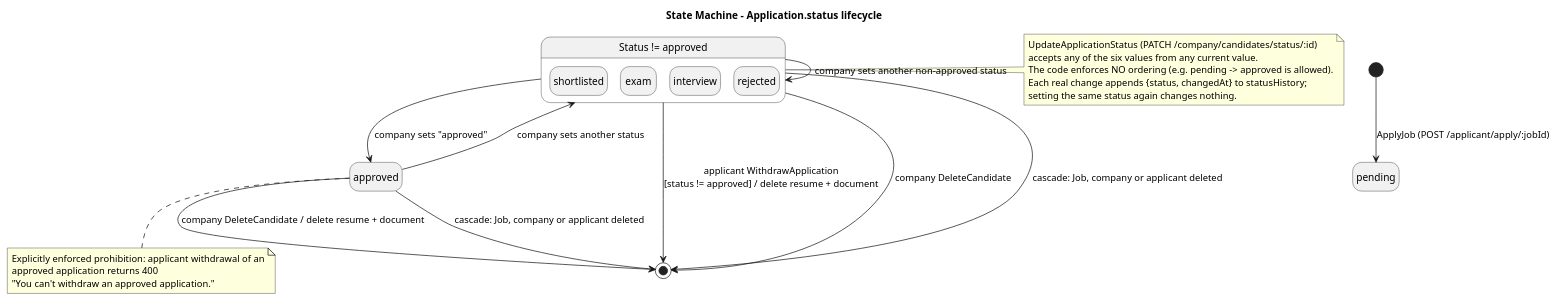
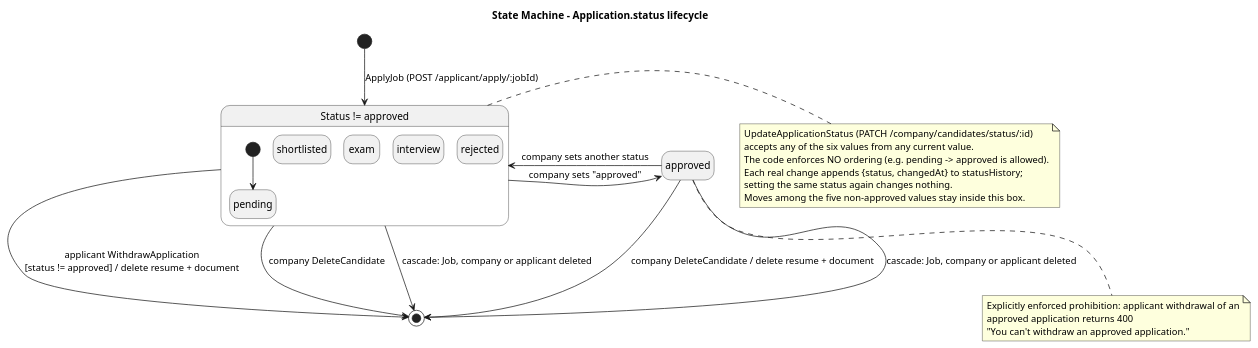
One commit to kaushikrajkamal-16/node-2601-exam changed the diagram in docs/diagrams/state-application-status.puml. Above: the diagram before and after it, drawn with PlantUML. The commit also changed 61 other files, not shown here.

First line of the commit message:
docs: validate, fix and render all diagrams

```diff
--- a/docs/diagrams/state-application-status.puml
+++ b/docs/diagrams/state-application-status.puml
@@ -1,40 +1,41 @@
 @startuml state-application-status
 title State Machine - Application.status lifecycle
 skinparam shadowing false
 hide empty description
 
-[*] --> pending : ApplyJob (POST /applicant/apply/:jobId)
-
 state "Status != approved" as NotApproved {
+  [*] --> pending
   state pending
   state shortlisted
   state exam
   state interview
   state rejected
 }
 state approved
 
+[*] --> NotApproved : ApplyJob (POST /applicant/apply/:jobId)
+
 note right of NotApproved
   UpdateApplicationStatus (PATCH /company/candidates/status/:id)
   accepts any of the six values from any current value.
   The code enforces NO ordering (e.g. pending -> approved is allowed).
   Each real change appends {status, changedAt} to statusHistory;
   setting the same status again changes nothing.
+  Moves among the five non-approved values stay inside this box.
 end note
 
-NotApproved --> approved : company sets "approved"
-approved --> NotApproved : company sets another status
-NotApproved --> NotApproved : company sets another non-approved status
+NotApproved -right-> approved : company sets "approved"
+approved -left-> NotApproved : company sets another status
 
-NotApproved --> [*] : applicant WithdrawApplication\n[status != approved] / delete resume + document
+NotApproved -down-> [*] : applicant WithdrawApplication\n[status != approved] / delete resume + document
 approved --> [*] : company DeleteCandidate / delete resume + document
-NotApproved --> [*] : company DeleteCandidate
-NotApproved --> [*] : cascade: Job, company or applicant deleted
-approved --> [*] : cascade: Job, company or applicant deleted
+NotApproved -down-> [*] : company DeleteCandidate
+NotApproved -down-> [*] : cascade: Job, company or applicant deleted
+approved -down-> [*] : cascade: Job, company or applicant deleted
 
 note bottom of approved
   Explicitly enforced prohibition: applicant withdrawal of an
   approved application returns 400
   "You can't withdraw an approved application."
 end note
 @enduml
```
